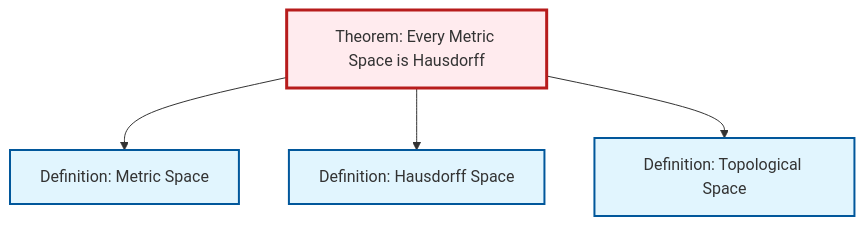
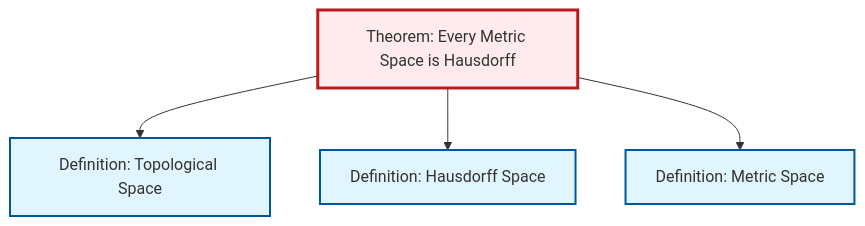
Before and after one commit to RK0429/ModernMath: the diagram in content/ja/topology/thm-metric-hausdorff.qmd, drawn with Mermaid. The commit also changed other lines of this file and 634 other files, not shown here.

````diff
--- a/content/ja/topology/thm-metric-hausdorff.qmd
+++ b/content/ja/topology/thm-metric-hausdorff.qmd
@@ -63,20 +63,20 @@
 ```{mermaid}
 %%| fig-cap: "Local dependency graph"
 graph TD
     classDef definition fill:#e1f5fe,stroke:#01579b,stroke-width:2px
     classDef theorem fill:#f3e5f5,stroke:#4a148c,stroke-width:2px
     classDef axiom fill:#fff3e0,stroke:#e65100,stroke-width:2px
     classDef example fill:#e8f5e9,stroke:#1b5e20,stroke-width:2px
     classDef current fill:#ffebee,stroke:#b71c1c,stroke-width:3px
-    def-topological-space["Definition: Topological Space"]:::definition
     thm-metric-hausdorff["Theorem: Every Metric Space is Hausdorff"]:::theorem
     def-metric-space["Definition: Metric Space"]:::definition
+    def-topological-space["Definition: Topological Space"]:::definition
     def-hausdorff["Definition: Hausdorff Space"]:::definition
+    thm-metric-hausdorff --> def-topological-space
+    thm-metric-hausdorff --> def-hausdorff
     thm-metric-hausdorff --> def-metric-space
-    thm-metric-hausdorff --> def-hausdorff
-    thm-metric-hausdorff --> def-topological-space
     class thm-metric-hausdorff current
+    click def-metric-space "def-metric-space.html" "Definition: Metric Spaceへ"
     click def-topological-space "def-topological-space.html" "Definition: Topological Spaceへ"
-    click def-metric-space "def-metric-space.html" "Definition: Metric Spaceへ"
     click def-hausdorff "def-hausdorff.html" "Definition: Hausdorff Spaceへ"
 ```
````
